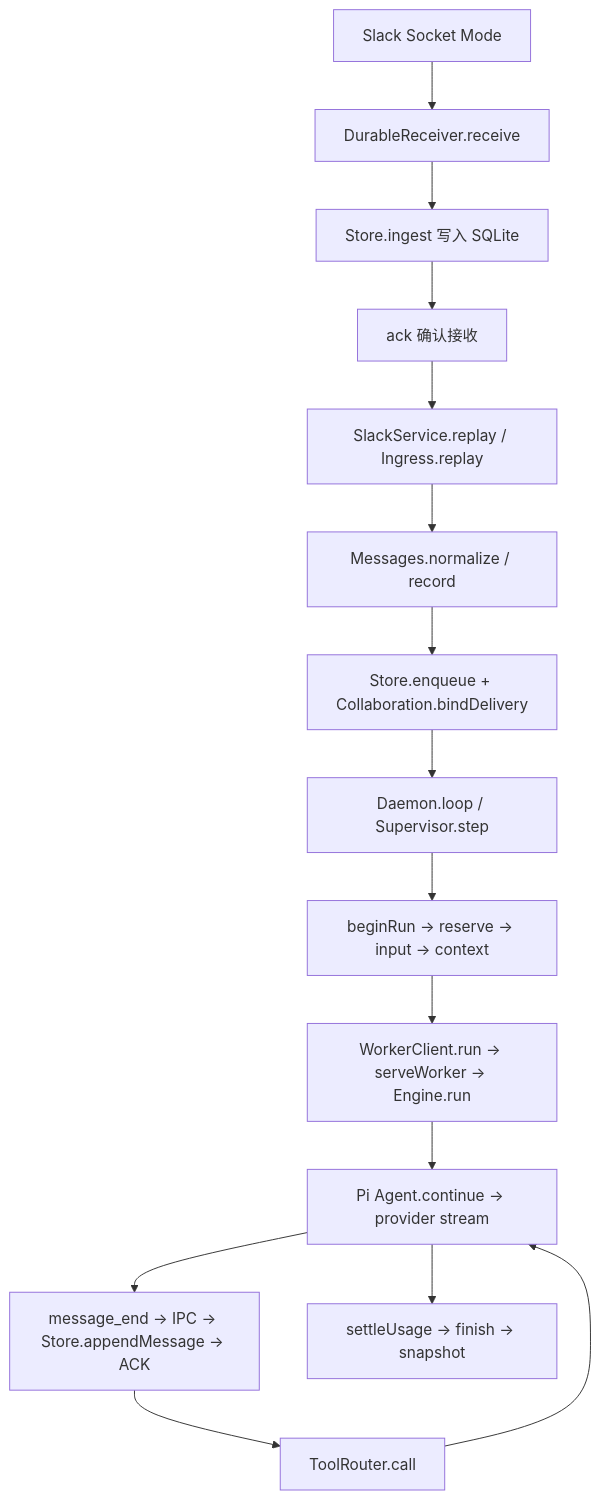
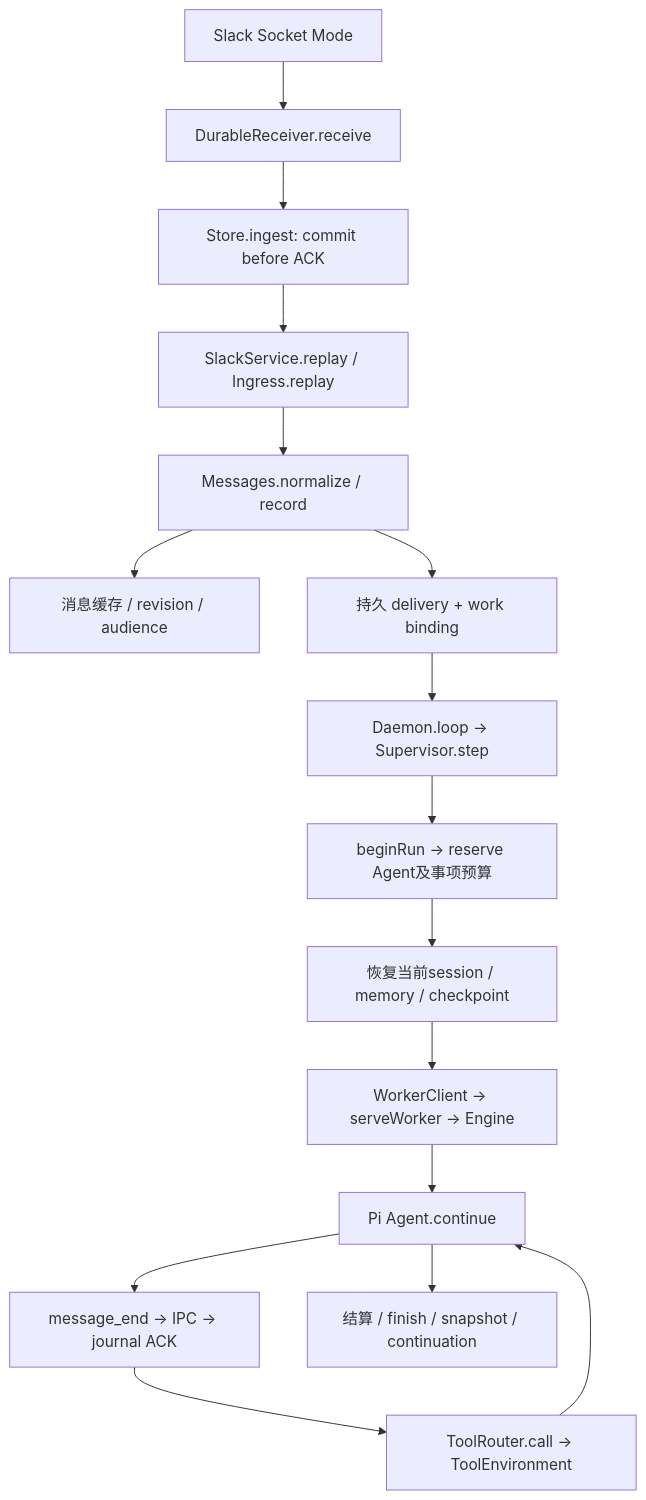
The diagram in docs/HOW_IT_WORKS.md (yy4382/mate), drawn with Mermaid before and after one commit. The commit also changed other lines of this file and 9 other files, not shown here.

````diff
--- a/docs/HOW_IT_WORKS.md
+++ b/docs/HOW_IT_WORKS.md
@@ -11,17 +9,18 @@
 ```mermaid
 flowchart TD
   Slack[Slack Socket Mode] --> Receive[DurableReceiver.receive]
-  Receive --> Persist[Store.ingest 写入 SQLite]
-  Persist --> Ack[ack 确认接收]
-  Ack --> Replay[SlackService.replay / Ingress.replay]
-  Replay --> Normalize[Messages.normalize / record]
-  Normalize --> Inbox[Store.enqueue + Collaboration.bindDelivery]
-  Inbox --> Scheduler[Daemon.loop / Supervisor.step]
-  Scheduler --> Run[beginRun → reserve → input → context]
-  Run --> Child[WorkerClient.run → serveWorker → Engine.run]
-  Child --> Pi[Pi Agent.continue → provider stream]
-  Pi --> Journal[message_end → IPC → Store.appendMessage → ACK]
-  Journal --> Tools[ToolRouter.call]
-  Tools --> Pi
-  Pi --> Finish[settleUsage → finish → snapshot]
+  Receive --> Persist[Store.ingest: commit before ACK]
+  Persist --> Replay[SlackService.replay / Ingress.replay]
+  Replay --> Messages[Messages.normalize / record]
+  Messages --> Events[消息缓存 / revision / audience]
+  Messages --> Inbox[持久 delivery + work binding]
+  Inbox --> Run[Daemon.loop → Supervisor.step]
+  Run --> Budget[beginRun → reserve Agent及事项预算]
+  Budget --> Restore[恢复当前session / memory / checkpoint]
+  Restore --> Worker[WorkerClient → serveWorker → Engine]
+  Worker --> Pi[Pi Agent.continue]
+  Pi --> Journal[message_end → IPC → journal ACK]
+  Journal --> Tool[ToolRouter.call → ToolEnvironment]
+  Tool --> Pi
+  Pi --> Finish[结算 / finish / snapshot / continuation]
 ```
````
